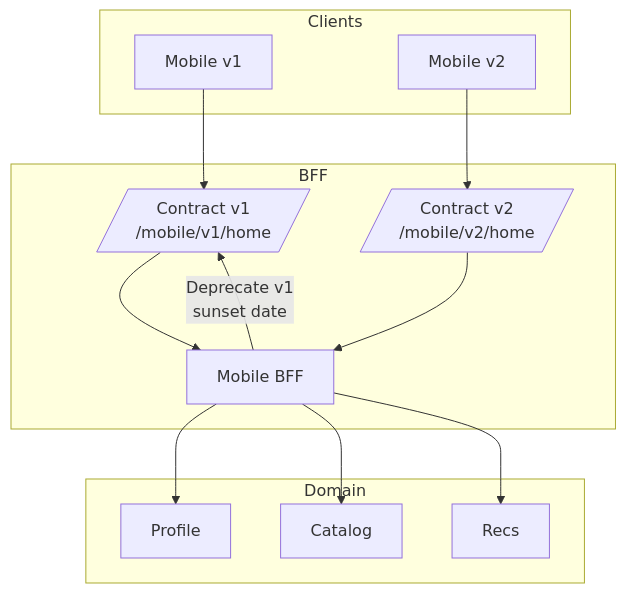
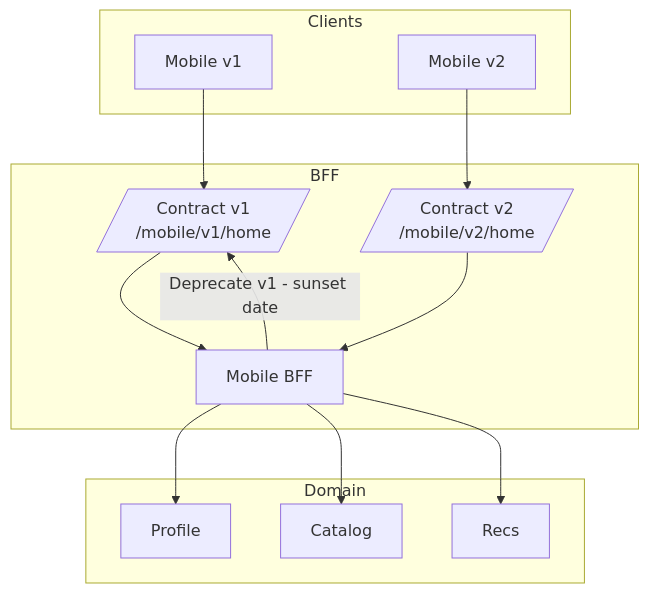
One commit to StevenGalloway/architecture-patterns changed the diagram in Backend-for-Frontend/diagrams/03-contract-versioning.mmd. Above: the diagram before and after it, drawn with Mermaid. The commit also changed 9 other files, not shown here.

```diff
--- a/Backend-for-Frontend/diagrams/03-contract-versioning.mmd
+++ b/Backend-for-Frontend/diagrams/03-contract-versioning.mmd
@@ -1,26 +1,26 @@
 flowchart TB
   subgraph Clients
     M1[Mobile v1]
     M2[Mobile v2]
   end
 
   subgraph BFF
     MBFF[Mobile BFF]
     V1[/Contract v1\n/mobile/v1/home/]
     V2[/Contract v2\n/mobile/v2/home/]
   end
 
   subgraph Domain
     P[Profile]
     C[Catalog]
     R[Recs]
   end
 
   M1 --> V1 --> MBFF
   M2 --> V2 --> MBFF
 
   MBFF --> P
   MBFF --> C
   MBFF --> R
 
-  MBFF -->|Deprecate v1\nsunset date| V1
+  MBFF -->|Deprecate v1 - sunset date| V1
```
